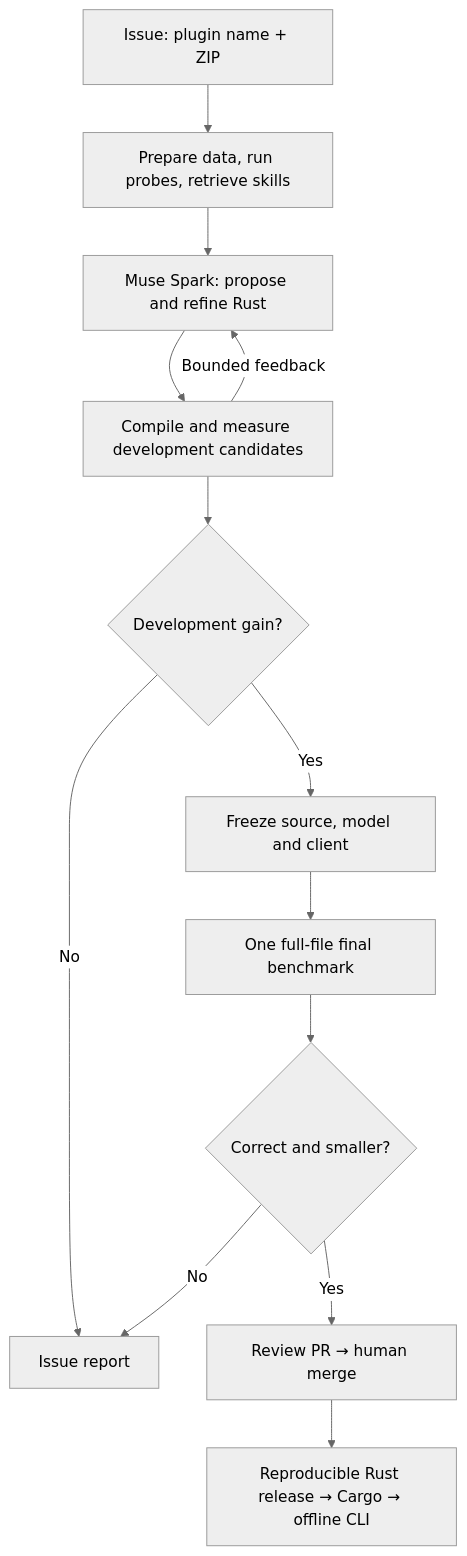
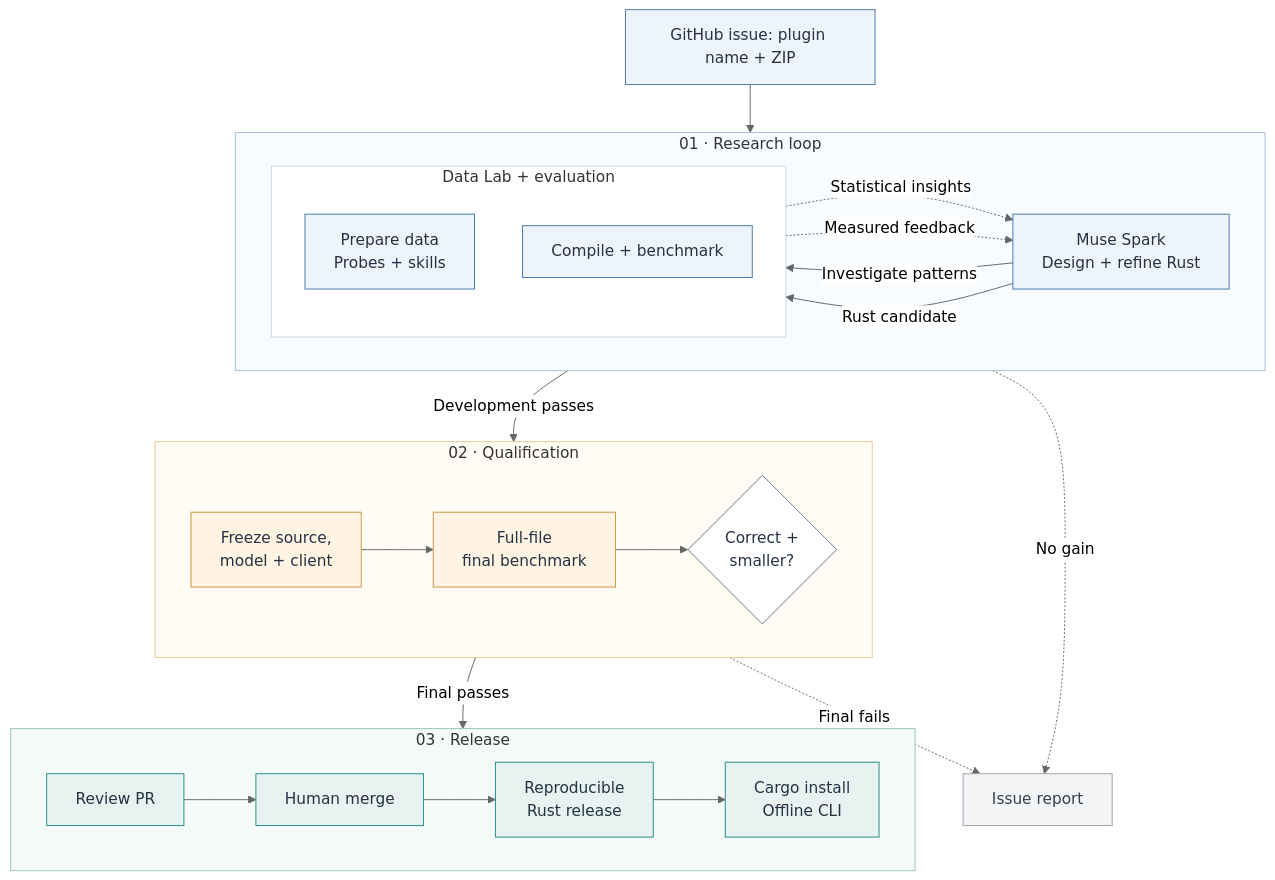
The diagram in README.md (akaliutau/algomini), drawn with Mermaid (neutral theme) before and after one commit. The commit also changed other lines of this file, not shown here.

````diff
--- a/README.md
+++ b/README.md
@@ -80,15 +80,66 @@
 ```mermaid
-flowchart TD
-    A["Issue: plugin name + ZIP"] --> B["Prepare data, run probes, retrieve skills"]
-    B --> C["Muse Spark: propose and refine Rust"]
-    C --> D["Compile and measure development candidates"]
-    D -->|"Bounded feedback"| C
-    D --> E{"Development gain?"}
-    E -->|"No"| R["Issue report"]
-    E -->|"Yes"| F["Freeze source, model and client"]
-    F --> G["One full-file final benchmark"]
-    G --> H{"Correct and smaller?"}
-    H -->|"No"| R
-    H -->|"Yes"| I["Review PR → human merge"]
-    I --> J["Reproducible Rust release → Cargo → offline CLI"]
+flowchart TB
+    A["GitHub issue: plugin name + ZIP"]
+
+    subgraph R["01 · Research loop"]
+        direction LR
+        C["Muse Spark<br/>Design + refine Rust"]
+
+        subgraph LAB["Data Lab + evaluation"]
+            direction TB
+            B["Prepare data<br/>Probes + skills"]
+            D["Compile + benchmark"]
+        end
+
+        C -->|"Investigate patterns"| B
+        B -.->|"Statistical insights"| C
+        C -->|"Rust candidate"| D
+        D -.->|"Measured feedback"| C
+    end
+
+    subgraph Q["02 · Qualification"]
+        direction LR
+        F["Freeze source,<br/>model + client"]
+        G["Full-file<br/>final benchmark"]
+        H{"Correct +<br/>smaller?"}
+
+        F --> G --> H
+    end
+
+    subgraph S["03 · Release"]
+        direction LR
+        I["Review PR"]
+        J["Human merge"]
+        K["Reproducible<br/>Rust release"]
+        L["Cargo install<br/>Offline CLI"]
+
+        I --> J --> K --> L
+    end
+
+    X["Issue report"]
+
+    A --> R
+    R -->|"Development passes"| Q
+    Q -->|"Final passes"| S
+    R -.->|"No gain"| X
+    Q -.->|"Final fails"| X
+
+    classDef input fill:#EDF4FC,stroke:#4776A8,color:#263243
+    classDef research fill:#EDF4FC,stroke:#4776A8,color:#263243
+    classDef qualify fill:#FFF4E3,stroke:#C79545,color:#263243
+    classDef release fill:#E6F3F1,stroke:#278C83,color:#263243
+    classDef decision fill:#FFFFFF,stroke:#64748B,color:#263243
+    classDef fail fill:#F3F4F6,stroke:#9CA3AF,color:#374151
+
+    class A input
+    class B,C,D research
+    class H decision
+    class F,G qualify
+    class I,J,K,L release
+    class X fail
+
+    style R fill:#F8FBFF,stroke:#A8BFDC,stroke-width:1px
+    style LAB fill:#FFFFFF,stroke:#C7D7E9,stroke-width:1px
+    style Q fill:#FFFCF5,stroke:#E4C992,stroke-width:1px
+    style S fill:#F3FAF7,stroke:#9AC6B6,stroke-width:1px
 ```
````
